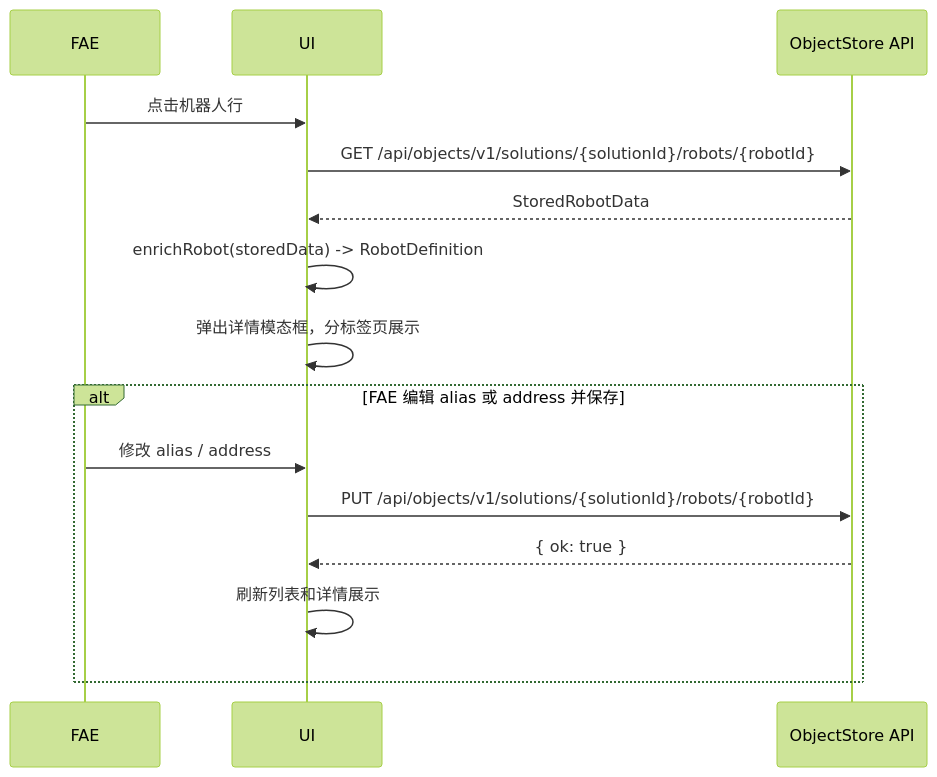
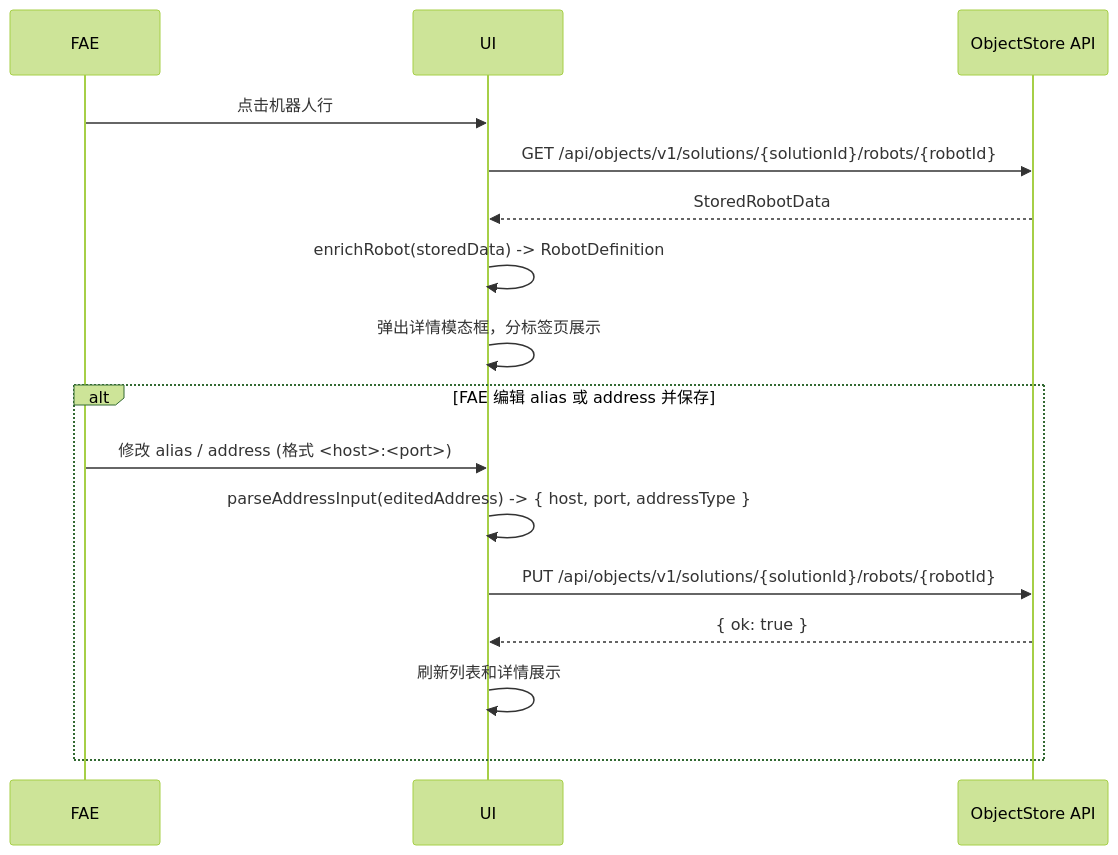
Before and after one commit to etrita005/syrius-robotops: diagram 11 of 11 in documents/design/solution_management_design.md, drawn with Mermaid (forest theme). The commit also changed other lines of this file and 21 other files, not shown here.

First line of the commit message:
feat: change robot address format to <host>:<port> with port default 22

````diff
--- a/documents/design/solution_management_design.md
+++ b/documents/design/solution_management_design.md
@@ -649,19 +663,20 @@
 ```mermaid
 sequenceDiagram
     participant FAE
     participant UI
     participant OS as ObjectStore API
 
     FAE->>UI: 点击机器人行
     UI->>OS: GET /api/objects/v1/solutions/{solutionId}/robots/{robotId}
     OS-->>UI: StoredRobotData
     UI->>UI: enrichRobot(storedData) -> RobotDefinition
     UI->>UI: 弹出详情模态框，分标签页展示
 
     alt FAE 编辑 alias 或 address 并保存
-        FAE->>UI: 修改 alias / address
+        FAE->>UI: 修改 alias / address (格式 <host>:<port>)
+        UI->>UI: parseAddressInput(editedAddress) -> { host, port, addressType }
         UI->>OS: PUT /api/objects/v1/solutions/{solutionId}/robots/{robotId}
         OS-->>UI: { ok: true }
         UI->>UI: 刷新列表和详情展示
     end
 ```
````
